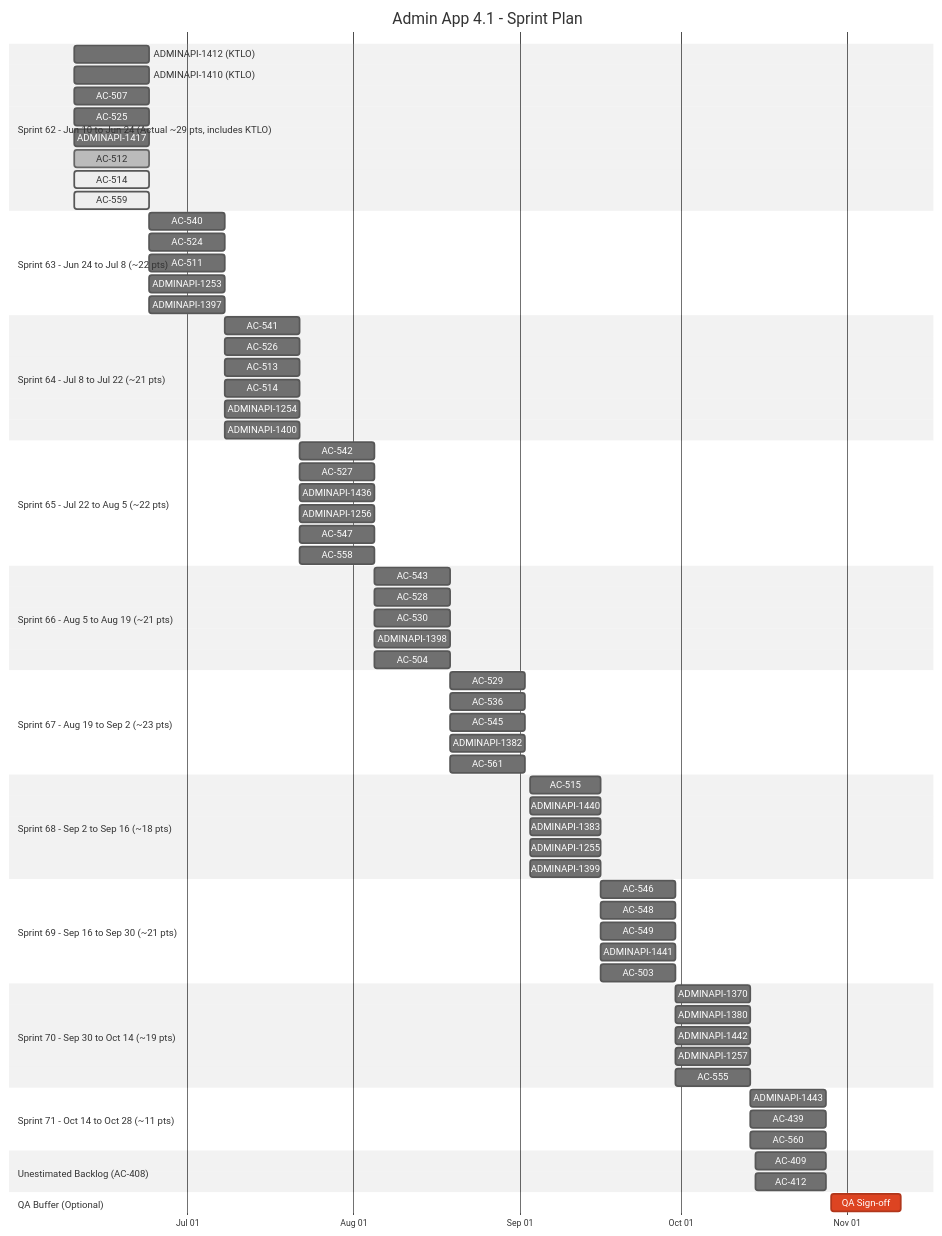
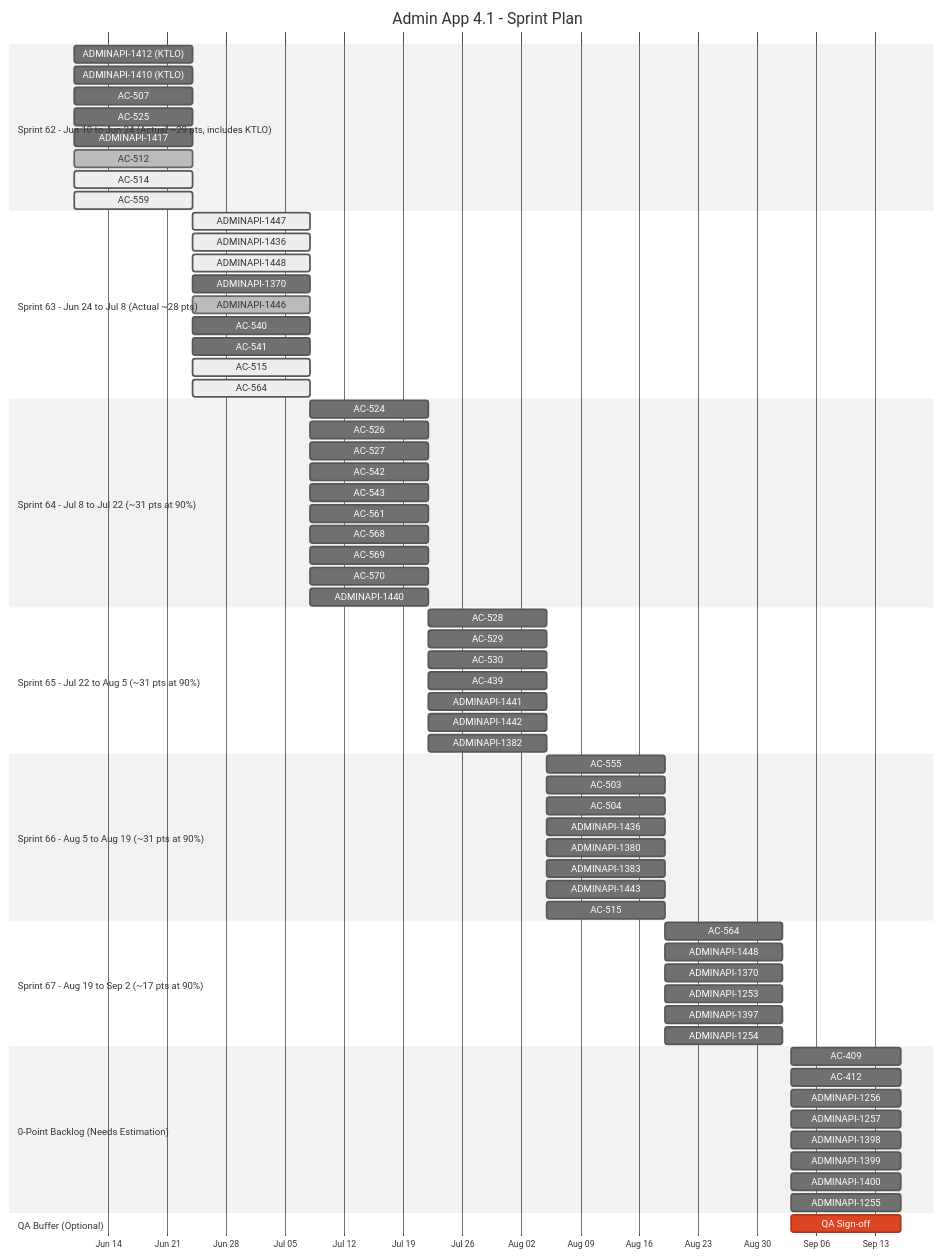
Before and after one commit to Ed-Fi-Alliance-OSS/Ed-Fi-AdminApp: the first of 2 diagrams in docs/RoadmapForAdminApp4.1.md, drawn with Mermaid (neutral theme). The commit also changed other lines of this file, not shown here.

Commit message:
Updates on Roadmap AdminApi and AdminApp

````diff
--- a/docs/RoadmapForAdminApp4.1.md
+++ b/docs/RoadmapForAdminApp4.1.md
@@ -240,73 +251,66 @@
 	AC-514                                          :active, ac514, 2026-06-10, 2026-06-24
 	AC-559                                          :active, ac559, 2026-06-10, 2026-06-24
 
-	section Sprint 63 - Jun 24 to Jul 8 (~22 pts)
+	section Sprint 63 - Jun 24 to Jul 8 (Actual ~28 pts)
+	ADMINAPI-1447                                   :active, a1447, 2026-06-24, 2026-07-08
+	ADMINAPI-1436                                   :active, a1436, 2026-06-24, 2026-07-08
+	ADMINAPI-1448                                   :active, a1448, 2026-06-24, 2026-07-08
+	ADMINAPI-1370                                   :a1370, 2026-06-24, 2026-07-08
+	ADMINAPI-1446                                   :done, a1446, 2026-06-24, 2026-07-08
 	AC-540                                          :ac540, 2026-06-24, 2026-07-08
-	AC-524                                          :ac524, 2026-06-24, 2026-07-08
-	AC-511                                          :ac511, 2026-06-24, 2026-07-08
-	ADMINAPI-1253                                   :a1253, 2026-06-24, 2026-07-08
-	ADMINAPI-1397                                   :a1397, 2026-06-24, 2026-07-08
+	AC-541                                          :ac541, 2026-06-24, 2026-07-08
+	AC-515                                          :active, ac515, 2026-06-24, 2026-07-08
+	AC-564                                          :active, ac564, 2026-06-24, 2026-07-08
 
-	section Sprint 64 - Jul 8 to Jul 22 (~21 pts)
-	AC-541                                          :ac541, 2026-07-08, 2026-07-22
+	section Sprint 64 - Jul 8 to Jul 22 (~31 pts at 90%)
+	AC-524                                          :ac524, 2026-07-08, 2026-07-22
 	AC-526                                          :ac526, 2026-07-08, 2026-07-22
-	AC-513                                          :ac513, 2026-07-08, 2026-07-22
-	AC-514                                          :ac514, 2026-07-08, 2026-07-22
-	ADMINAPI-1254                                   :a1254, 2026-07-08, 2026-07-22
-	ADMINAPI-1400                                   :a1400, 2026-07-08, 2026-07-22
+	AC-527                                          :ac527, 2026-07-08, 2026-07-22
+	AC-542                                          :ac542, 2026-07-08, 2026-07-22
+	AC-543                                          :ac543, 2026-07-08, 2026-07-22
+	AC-561                                          :ac561, 2026-07-08, 2026-07-22
+	AC-568                                          :ac568, 2026-07-08, 2026-07-22
+	AC-569                                          :ac569, 2026-07-08, 2026-07-22
+	AC-570                                          :ac570, 2026-07-08, 2026-07-22
+	ADMINAPI-1440                                   :a1440, 2026-07-08, 2026-07-22
 
-	section Sprint 65 - Jul 22 to Aug 5 (~22 pts)
-	AC-542                                          :ac542, 2026-07-22, 2026-08-05
-	AC-527                                          :ac527, 2026-07-22, 2026-08-05
-	ADMINAPI-1436                                   :a1436, 2026-07-22, 2026-08-05
-	ADMINAPI-1256                                   :a1256, 2026-07-22, 2026-08-05
-	AC-547                                          :ac547, 2026-07-22, 2026-08-05
-	AC-558                                          :ac558, 2026-07-22, 2026-08-05
+	section Sprint 65 - Jul 22 to Aug 5 (~31 pts at 90%)
+	AC-528                                          :ac528, 2026-07-22, 2026-08-05
+	AC-529                                          :ac529, 2026-07-22, 2026-08-05
+	AC-530                                          :ac530, 2026-07-22, 2026-08-05
+	AC-439                                          :ac439, 2026-07-22, 2026-08-05
+	ADMINAPI-1441                                   :a1441, 2026-07-22, 2026-08-05
+	ADMINAPI-1442                                   :a1442, 2026-07-22, 2026-08-05
+	ADMINAPI-1382                                   :a1382, 2026-07-22, 2026-08-05
 
-	section Sprint 66 - Aug 5 to Aug 19 (~21 pts)
-	AC-543                                          :ac543, 2026-08-05, 2026-08-19
-	AC-528                                          :ac528, 2026-08-05, 2026-08-19
-	AC-530                                          :ac530, 2026-08-05, 2026-08-19
-	ADMINAPI-1398                                   :a1398, 2026-08-05, 2026-08-19
+	section Sprint 66 - Aug 5 to Aug 19 (~31 pts at 90%)
+	AC-555                                          :ac555, 2026-08-05, 2026-08-19
+	AC-503                                          :ac503, 2026-08-05, 2026-08-19
 	AC-504                                          :ac504, 2026-08-05, 2026-08-19
+	ADMINAPI-1436                                   :a1436b, 2026-08-05, 2026-08-19
+	ADMINAPI-1380                                   :a1380, 2026-08-05, 2026-08-19
+	ADMINAPI-1383                                   :a1383, 2026-08-05, 2026-08-19
+	ADMINAPI-1443                                   :a1443, 2026-08-05, 2026-08-19
+	AC-515                                          :ac515b, 2026-08-05, 2026-08-19
 
-	section Sprint 67 - Aug 19 to Sep 2 (~23 pts)
-	AC-529                                          :ac529, 2026-08-19, 2026-09-02
-	AC-536                                          :ac536, 2026-08-19, 2026-09-02
-	AC-545                                          :ac545, 2026-08-19, 2026-09-02
-	ADMINAPI-1382                                   :a1382, 2026-08-19, 2026-09-02
-	AC-561                                          :ac561, 2026-08-19, 2026-09-02
+	section Sprint 67 - Aug 19 to Sep 2 (~17 pts at 90%)
+	AC-564                                          :ac564b, 2026-08-19, 2026-09-02
+	ADMINAPI-1448                                   :a1448b, 2026-08-19, 2026-09-02
+	ADMINAPI-1370                                   :a1370b, 2026-08-19, 2026-09-02
+	ADMINAPI-1253                                   :a1253, 2026-08-19, 2026-09-02
+	ADMINAPI-1397                                   :a1397, 2026-08-19, 2026-09-02
+	ADMINAPI-1254                                   :a1254, 2026-08-19, 2026-09-02
 
-	section Sprint 68 - Sep 2 to Sep 16 (~18 pts)
-	AC-515                                          :ac515, 2026-09-03, 2026-09-16
-	ADMINAPI-1440                                   :a1440, 2026-09-03, 2026-09-16
-	ADMINAPI-1383                                   :a1383, 2026-09-03, 2026-09-16
+	section 0-Point Backlog (Needs Estimation)
+	AC-409                                          :ac409, 2026-09-03, 2026-09-16
+	AC-412                                          :ac412, 2026-09-03, 2026-09-16
+	ADMINAPI-1256                                   :a1256, 2026-09-03, 2026-09-16
+	ADMINAPI-1257                                   :a1257, 2026-09-03, 2026-09-16
+	ADMINAPI-1398                                   :a1398, 2026-09-03, 2026-09-16
+	ADMINAPI-1399                                   :a1399, 2026-09-03, 2026-09-16
+	ADMINAPI-1400                                   :a1400, 2026-09-03, 2026-09-16
 	ADMINAPI-1255                                   :a1255, 2026-09-03, 2026-09-16
-	ADMINAPI-1399                                   :a1399, 2026-09-03, 2026-09-16
-
-	section Sprint 69 - Sep 16 to Sep 30 (~21 pts)
-	AC-546                                          :ac546, 2026-09-16, 2026-09-30
-	AC-548                                          :ac548, 2026-09-16, 2026-09-30
-	AC-549                                          :ac549, 2026-09-16, 2026-09-30
-	ADMINAPI-1441                                   :a1441, 2026-09-16, 2026-09-30
-	AC-503                                          :ac503, 2026-09-16, 2026-09-30
-
-	section Sprint 70 - Sep 30 to Oct 14 (~19 pts)
-	ADMINAPI-1370                                   :a1370, 2026-09-30, 2026-10-14
-	ADMINAPI-1380                                   :a1380, 2026-09-30, 2026-10-14
-	ADMINAPI-1442                                   :a1442, 2026-09-30, 2026-10-14
-	ADMINAPI-1257                                   :a1257, 2026-09-30, 2026-10-14
-	AC-555                                          :ac555, 2026-09-30, 2026-10-14
-
-	section Sprint 71 - Oct 14 to Oct 28 (~11 pts)
-	ADMINAPI-1443                                   :a1443, 2026-10-14, 2026-10-28
-	AC-439                                          :ac439, 2026-10-14, 2026-10-28
-	AC-560                                          :ac560, 2026-10-14, 2026-10-28
-
-	section Unestimated Backlog (AC-408)
-	AC-409                                          :ac409, 2026-10-15, 2026-10-28
-	AC-412                                          :ac412, 2026-10-15, 2026-10-28
 
 	section QA Buffer (Optional)
-	QA Sign-off                                     :crit, qa, 2026-10-29, 2026-11-11
+	QA Sign-off                                     :crit, qa, 2026-09-03, 2026-09-16
 ```
````
